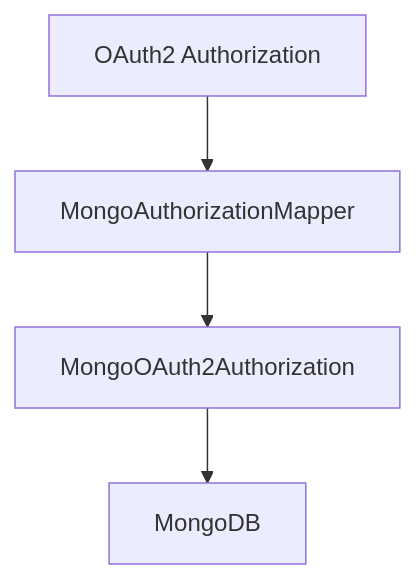
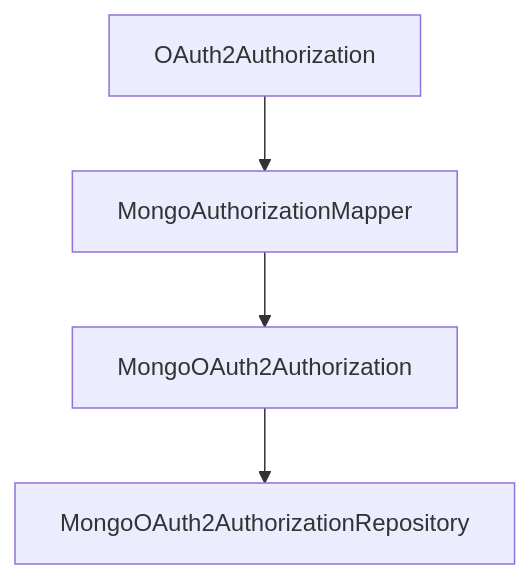
Before and after one commit to Praesto-Pro/openframe-oss-tenant: the sixth of 6 diagrams in docs/architecture/authorization-server-core/authorization-server-core.md, drawn with Mermaid. The commit also changed other lines of this file and 214 other files, not shown here.

````diff
--- a/docs/architecture/authorization-server-core/authorization-server-core.md
+++ b/docs/architecture/authorization-server-core/authorization-server-core.md
@@ -298,6 +261,6 @@
 ```mermaid
 flowchart TD
-    OAuthRequest["OAuth2 Authorization"] --> Mapper["MongoAuthorizationMapper"]
+    OAuth2Authorization --> Mapper["MongoAuthorizationMapper"]
     Mapper --> MongoDoc["MongoOAuth2Authorization"]
-    MongoDoc --> Database["MongoDB"]
+    MongoDoc --> Repository["MongoOAuth2AuthorizationRepository"]
 ```
````
